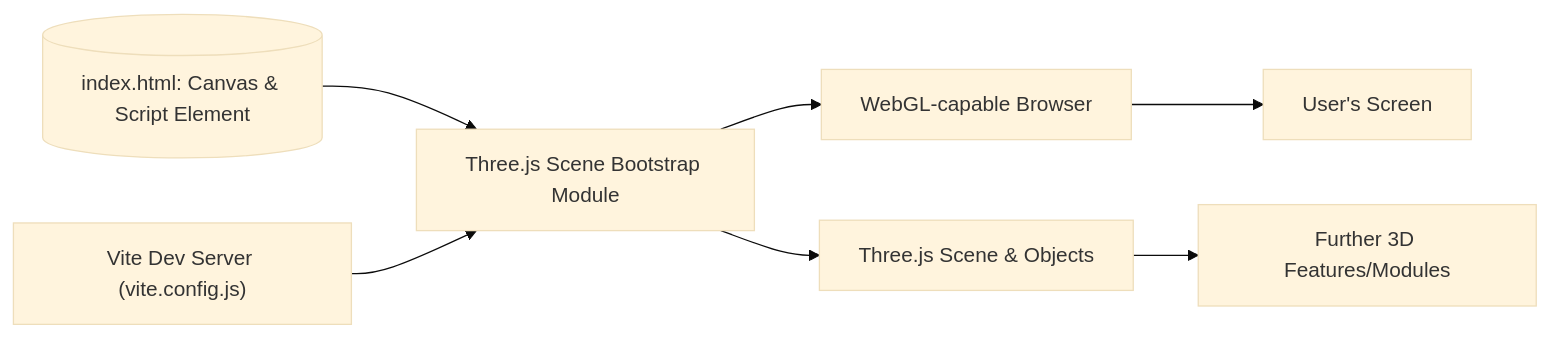
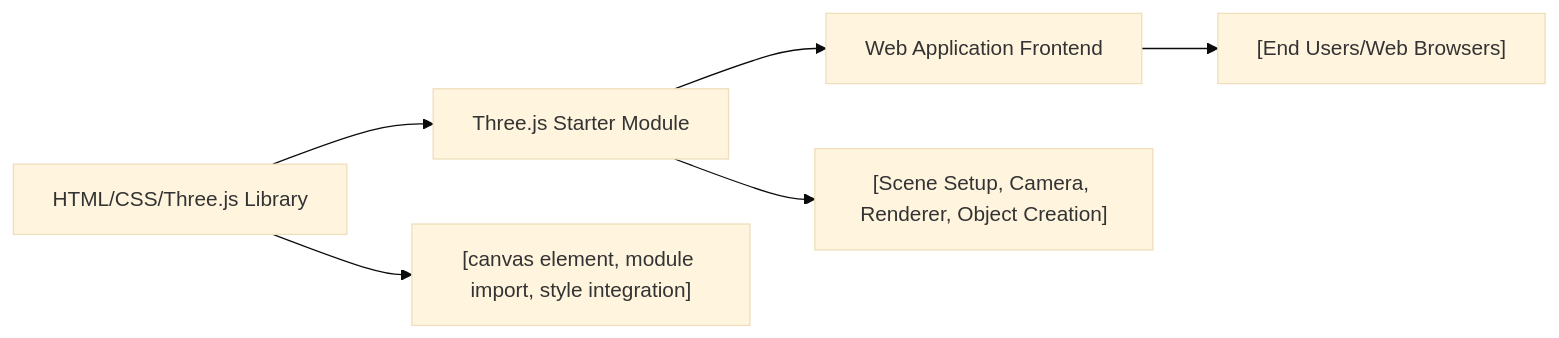
One commit to NicoooM/three-js-test changed the diagram in .shelfya/guide/architecture.md. Above: the diagram before and after it, drawn with Mermaid (base theme). The commit also changed other lines of this file and 4 other files, not shown here.

````diff
--- a/.shelfya/guide/architecture.md
+++ b/.shelfya/guide/architecture.md
@@ -62,9 +51,7 @@
 ```mermaid
 flowchart LR
-  html[("index.html: Canvas & Script Element")] --> threejsModule["Three.js Scene Bootstrap Module"]
-  vite["Vite Dev Server (vite.config.js)"] --> threejsModule
-  threejsModule --> browserRenderer["WebGL-capable Browser"]
-  threejsModule --> threeObjects["Three.js Scene & Objects"]
-  browserRenderer --> userDisplay["User's Screen"]
-  threeObjects --> featureExpansion["Further 3D Features/Modules"]
+  dependencies["HTML/CSS/Three.js Library"] --> thisModule["Three.js Starter Module"] --> usedBy["Web Application Frontend"]
+  dependencies --> details["[canvas element, module import, style integration]"]
+  thisModule --> process["[Scene Setup, Camera, Renderer, Object Creation]"] 
+  usedBy --> consumers["[End Users/Web Browsers]"]
 ```
````
